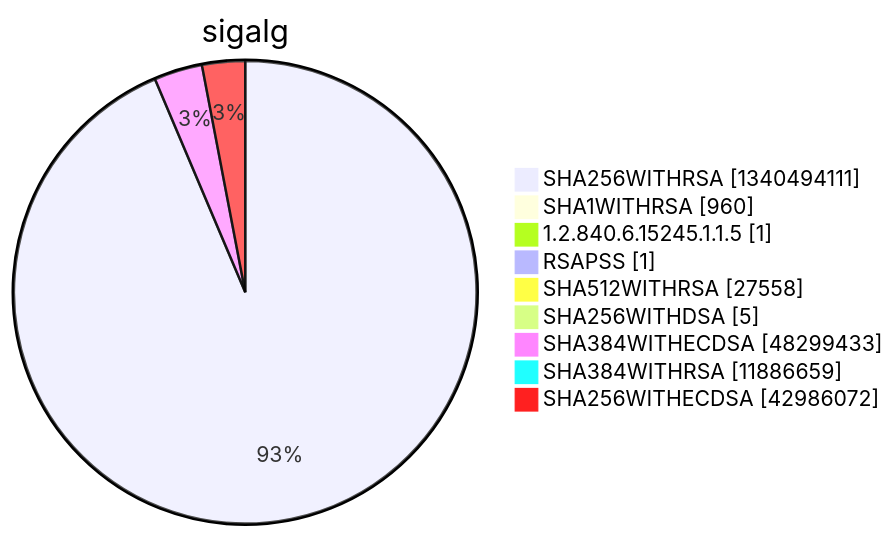
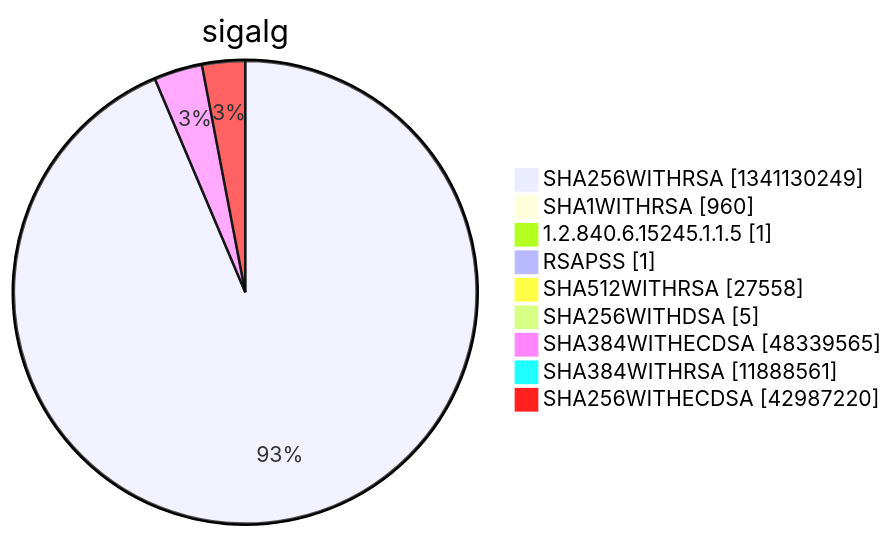
Diagram 15 of 15 in argon2022/README.md (christiankrug/ctmonitor_visualization), drawn with Mermaid before and after one commit. The commit also changed other lines of this file, not shown here.

````diff
--- a/argon2022/README.md
+++ b/argon2022/README.md
@@ -5524,13 +5524,13 @@
 ```mermaid
 pie showData
 title sigalg
-"SHA256WITHRSA" :1340494111
+"SHA256WITHRSA" :1341130249
 "SHA1WITHRSA" :960
 "1.2.840.6.15245.1.1.5" :1
 "RSAPSS" :1
 "SHA512WITHRSA" :27558
 "SHA256WITHDSA" :5
-"SHA384WITHECDSA" :48299433
-"SHA384WITHRSA" :11886659
-"SHA256WITHECDSA" :42986072
+"SHA384WITHECDSA" :48339565
+"SHA384WITHRSA" :11888561
+"SHA256WITHECDSA" :42987220
 ```
````
